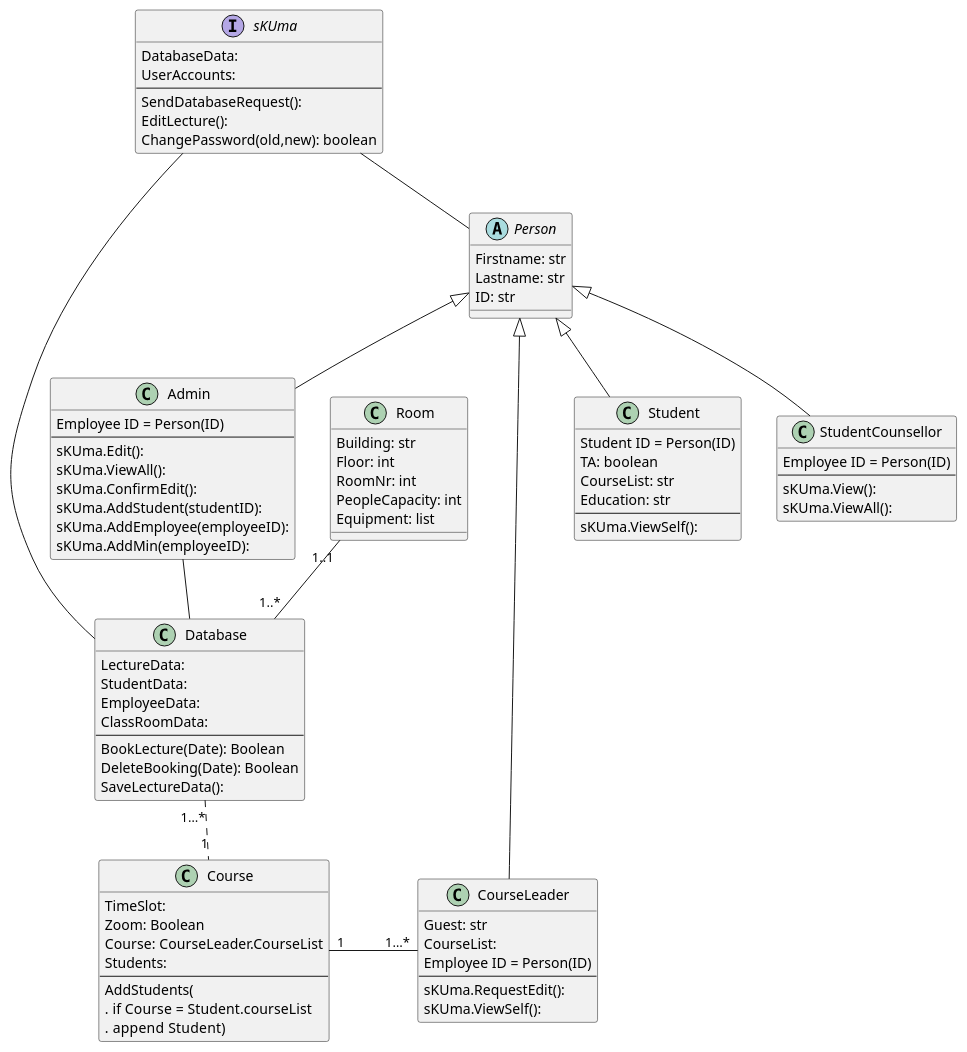
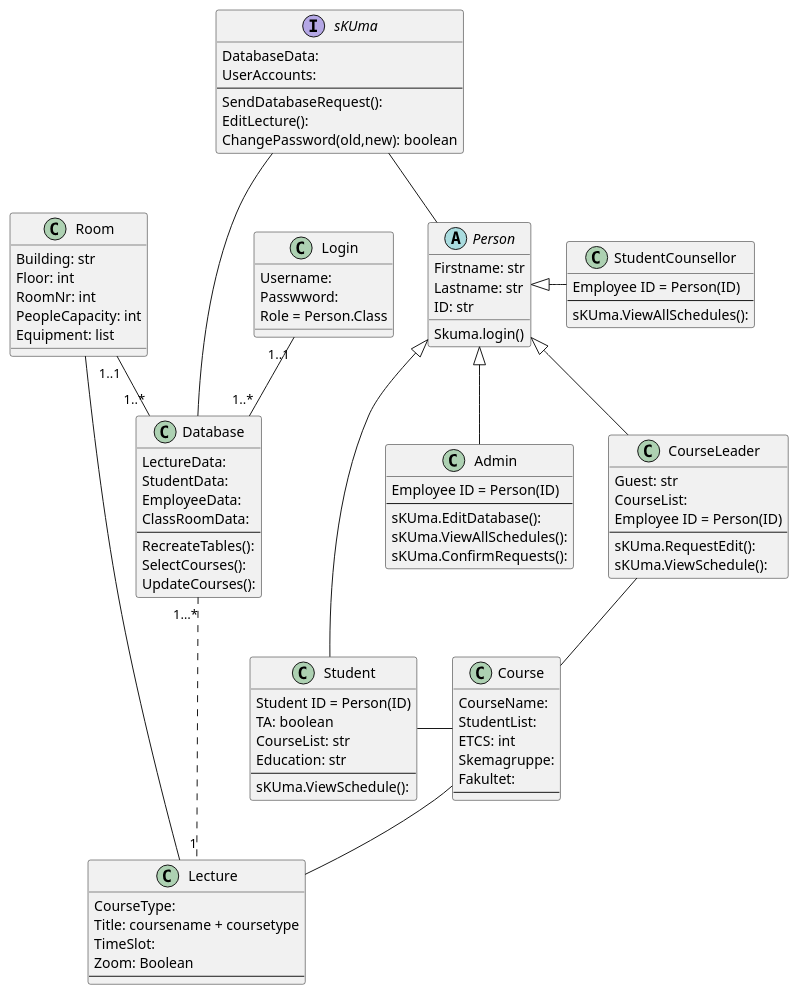
Before and after one commit to Samuelyos/iteration-3: the diagram in Diagrams/UML/class_diagram.puml, drawn with PlantUML. The commit also changed 8 other files, not shown here.

```diff
--- a/Diagrams/UML/class_diagram.puml
+++ b/Diagrams/UML/class_diagram.puml
@@ -1,97 +1,108 @@
 @startuml
 
 interface sKUma{
     DatabaseData:
     UserAccounts:
     --
     SendDatabaseRequest():
     EditLecture():
     ChangePassword(old,new): boolean
 }
 
 class Student{
     Student ID = Person(ID)
     TA: boolean
     CourseList: str
     Education: str
     --
-    sKUma.ViewSelf():
+    sKUma.ViewSchedule():
     }
 
 abstract class Person{
 Firstname: str
 Lastname: str
 ID: str
+__
+Skuma.login()
 }
+
+class Admin{
+    Employee ID = Person(ID)
+    --
+    sKUma.EditDatabase():
+    sKUma.ViewAllSchedules():
+    sKUma.ConfirmRequests():
+}
+
+class StudentCounsellor{
+    Employee ID = Person(ID)
+    --
+    sKUma.ViewAllSchedules():
+}
+
+
+class Lecture {
+    CourseType:
+    Title: coursename + coursetype
+    TimeSlot:
+    Zoom: Boolean
+    --
+    }
+
+class Course {
+   CourseName:
+   StudentList:
+   ETCS: int
+   Skemagruppe:
+   Fakultet:
+   --
+   }
 
 class CourseLeader{
     Guest: str
     CourseList:
     Employee ID = Person(ID)
     --
     sKUma.RequestEdit():
-    sKUma.ViewSelf():
+    sKUma.ViewSchedule():
 }
-
-class Admin{
-    Employee ID = Person(ID)
-    --
-    sKUma.Edit():
-    sKUma.ViewAll():
-    sKUma.ConfirmEdit():
-    sKUma.AddStudent(studentID):
-    sKUma.AddEmployee(employeeID):
-    sKUma.AddMin(employeeID):
-}
-
-class StudentCounsellor{
-    Employee ID = Person(ID)
-    --
-    sKUma.View():
-    sKUma.ViewAll():
-}
-
-
-class Course {
-    TimeSlot:
-    Zoom: Boolean
-    Course: CourseLeader.CourseList
-    Students:
-    --
-    AddStudents(
-      .  if Course = Student.courseList
-      .  append Student)
-    }
-
 
 class Database{
     LectureData:
     StudentData:
     EmployeeData:
     ClassRoomData:
     --
-    BookLecture(Date): Boolean
-    DeleteBooking(Date): Boolean
-    SaveLectureData():
+    RecreateTables():
+    SelectCourses():
+    UpdateCourses():
     }
 
 class Room{
 Building: str
 Floor: int
 RoomNr: int
 PeopleCapacity: int
 Equipment: list
 }
 
+class Login{
+Username:
+Passwword:
+Role = Person.Class
+}
+
+Room  "1..1" -- "1..*" Database
+CourseLeader -- Course
+Course -- Lecture
+Room - Lecture
+sKUma -- Database
+sKUma -- Person
+Database "1…*" ... "1" Lecture
+Student - Course
 Person <|-- Admin
 Person <|-- CourseLeader
 Person <|-- Student
-Person <|-- StudentCounsellor
-Room  "1..1" -- "1..*" Database
-Course "1" - "1…*" CourseLeader
-Admin -- Database
-sKUma -- Database
-sKUma -- Person
-Database "1…*" .. "1" Course
-
+Person <|- StudentCounsellor
+Login "1..1" -- "1..*" Database
 @enduml
```
